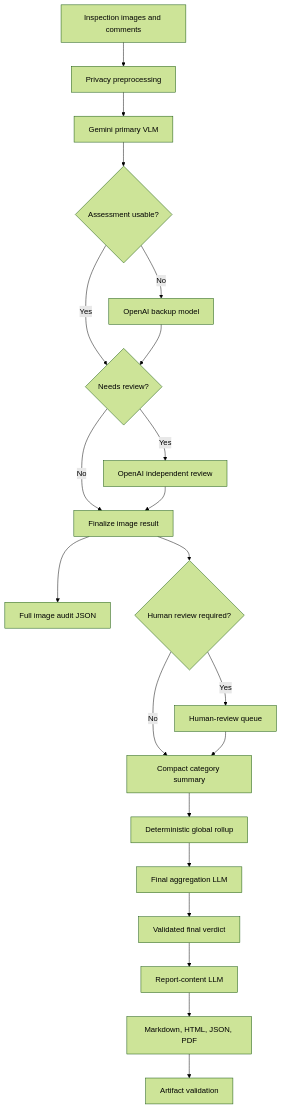
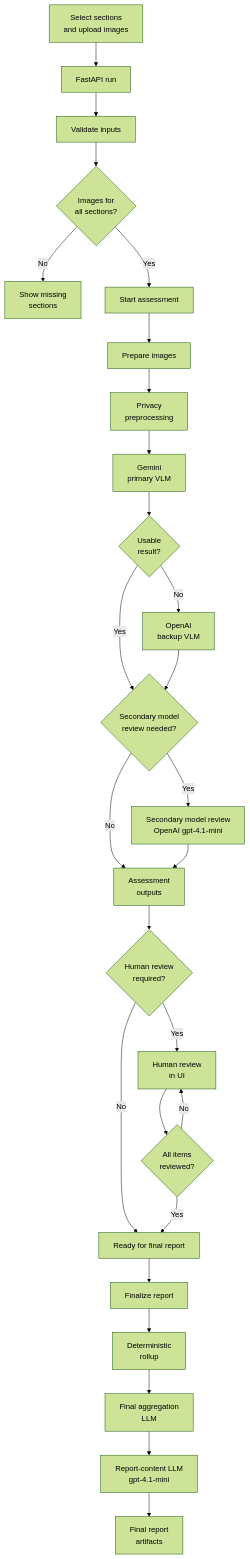
The first of 2 diagrams in README.md (adityaviolin824/SchoolReview-AI), drawn with Mermaid (forest theme) before and after one commit. The commit also changed other lines of this file and 45 other files, not shown here.

````diff
--- a/README.md
+++ b/README.md
@@ -90,23 +47,32 @@
 ```mermaid
 flowchart TD
-    A["Inspection images and comments"] --> B["Privacy preprocessing"]
-    B --> C["Gemini primary VLM"]
-    C --> D{"Assessment usable?"}
-    D -- "No" --> E["OpenAI backup model"]
-    D -- "Yes" --> F{"Needs review?"}
-    E --> F
-    F -- "Yes" --> G["OpenAI independent review"]
-    F -- "No" --> H["Finalize image result"]
-    G --> H
-    H --> I["Full image audit JSON"]
-    H --> Q{"Human review required?"}
-    Q -- "Yes" --> R["Human-review queue"]
-    Q -- "No" --> J["Compact category summary"]
-    R --> J
-    J --> K["Deterministic global rollup"]
-    K --> L["Final aggregation LLM"]
-    L --> M["Validated final verdict"]
-    M --> N["Report-content LLM"]
-    N --> O["Markdown, HTML, JSON, PDF"]
-    O --> P["Artifact validation"]
+    User["Select sections<br/>and upload images"] --> API["FastAPI run"]
+    API --> Validate["Validate inputs"]
+    Validate --> Ready{"Images for<br/>all sections?"}
+    Ready -- "No" --> InputStatus["Show missing<br/>sections"]
+    Ready -- "Yes" --> Start["Start assessment"]
+
+    Start --> Prepare["Prepare images"]
+    Prepare --> Privacy["Privacy<br/>preprocessing"]
+    Privacy --> Primary["Gemini<br/>primary VLM"]
+    Primary --> PrimaryUsable{"Usable<br/>result?"}
+    PrimaryUsable -- "No" --> Backup["OpenAI<br/>backup VLM"]
+    PrimaryUsable -- "Yes" --> ReviewCheck{"Secondary model<br/>review needed?"}
+    Backup --> ReviewCheck
+    ReviewCheck -- "Yes" --> ReviewModel["Secondary model review<br/>OpenAI gpt-4.1-mini"]
+    ReviewCheck -- "No" --> Outputs["Assessment<br/>outputs"]
+    ReviewModel --> Outputs
+
+    Outputs --> Queue{"Human review<br/>required?"}
+    Queue -- "Yes" --> HumanReview["Human review<br/>in UI"]
+    Queue -- "No" --> ReadyReport["Ready for final report"]
+    HumanReview --> Gate{"All items<br/>reviewed?"}
+    Gate -- "No" --> HumanReview
+    Gate -- "Yes" --> ReadyReport
+
+    ReadyReport --> FinalizeReport["Finalize report"]
+    FinalizeReport --> Rollup["Deterministic<br/>rollup"]
+    Rollup --> Aggregation["Final aggregation<br/>LLM"]
+    Aggregation --> ReportContent["Report-content LLM<br/>gpt-4.1-mini"]
+    ReportContent --> Artifacts["Final report<br/>artifacts"]
 ```
````
